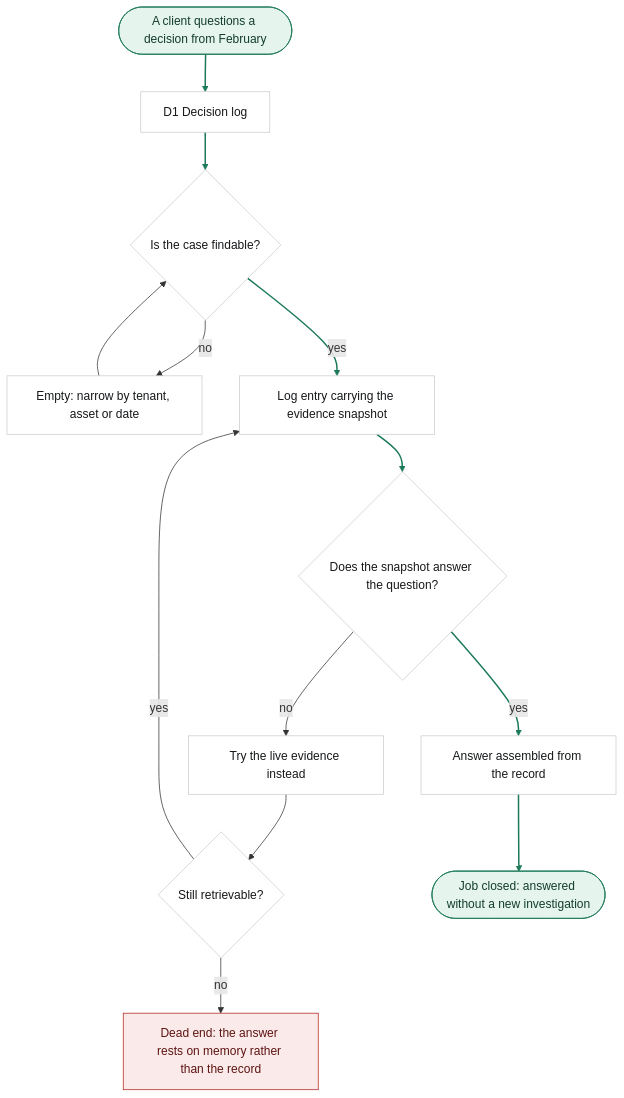
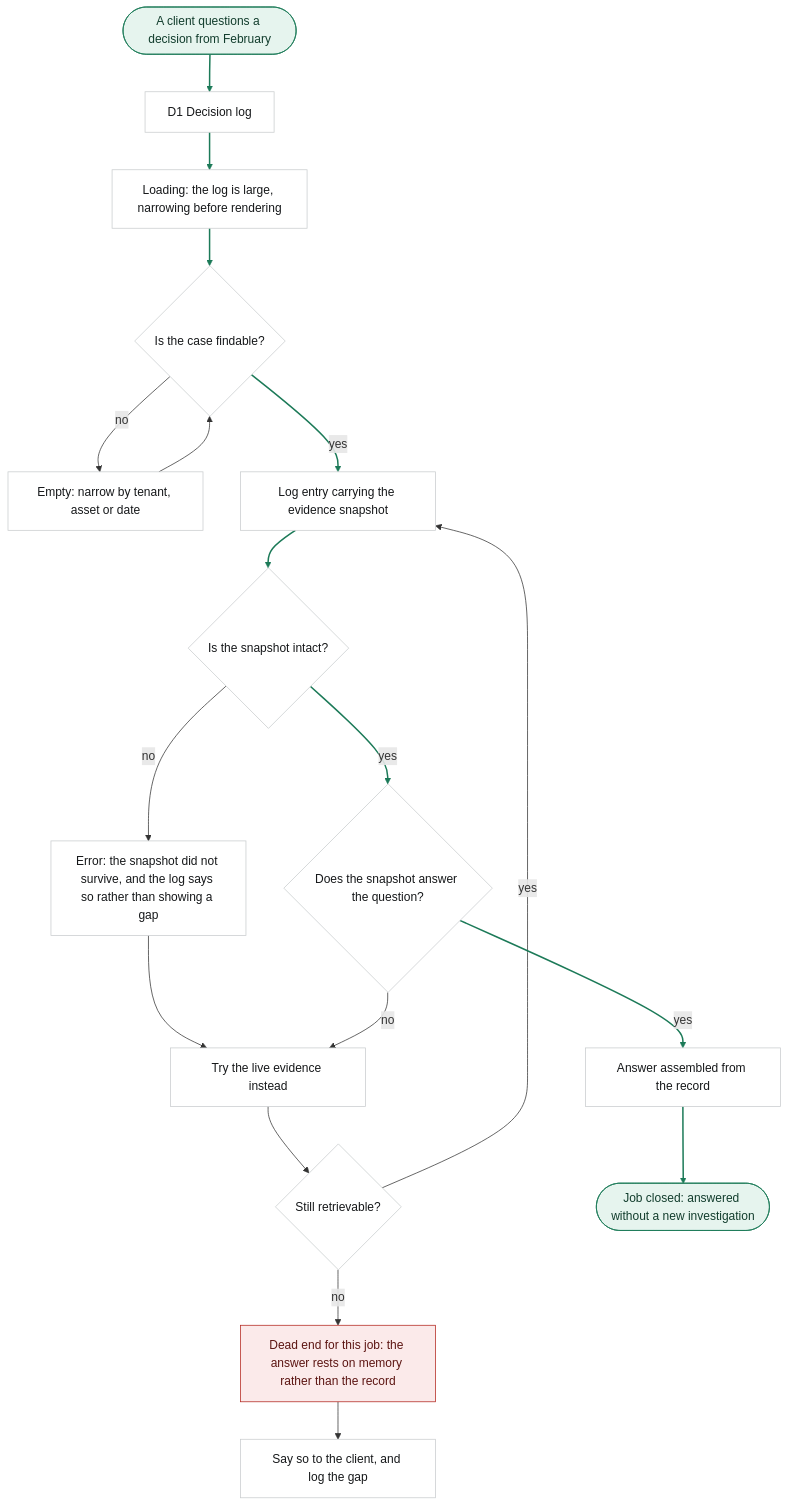
One commit to sergiodesign4u-dot/harrier changed the third of 3 diagrams in ia/docs/flows.md. Above: the diagram before and after it, drawn with Mermaid. The commit also changed other lines of this file and 3 other files, not shown here.

````diff
--- a/ia/docs/flows.md
+++ b/ia/docs/flows.md
@@ -119,23 +137,28 @@
 ```mermaid
 flowchart TD
     S2([A client questions a decision from February]) --> Log[D1 Decision log]
-    Log --> Find{Is the case findable?}
+    Log --> Load2["Loading: the log is large, narrowing before rendering"]
+    Load2 --> Find{Is the case findable?}
     Find -->|no| Search["Empty: narrow by tenant, asset or date"]
     Search --> Find
     Find -->|yes| Entry2[Log entry carrying the evidence snapshot]
-    Entry2 --> Snap{Does the snapshot answer the question?}
+    Entry2 --> Intact{Is the snapshot intact?}
+    Intact -->|no| Corrupt["Error: the snapshot did not survive, and the log says so rather than showing a gap"]
+    Corrupt --> Live
+    Intact -->|yes| Snap{Does the snapshot answer the question?}
     Snap -->|no| Live[Try the live evidence instead]
     Live --> Ret{Still retrievable?}
-    Ret -->|no| Dead2["Dead end: the answer rests on memory rather than the record"]
+    Ret -->|no| Dead2["Dead end for this job: the answer rests on memory rather than the record"]
+    Dead2 --> Own[Say so to the client, and log the gap]
     Ret -->|yes| Entry2
     Snap -->|yes| Answer[Answer assembled from the record]
     Answer --> Won(["Job closed: answered without a new investigation"])
 
     classDef success fill:#e6f4ee,stroke:#1c7a58,color:#123d2d;
     classDef dead fill:#fbeaea,stroke:#b3261e,color:#5c1512;
     classDef neutral fill:#ffffff,stroke:#c9ccce,color:#16181a;
     class S2,Won success;
     class Dead2 dead;
-    class Log,Find,Search,Entry2,Snap,Live,Ret,Answer neutral;
-    linkStyle 0,1,4,5,10,11 stroke:#1c7a58,stroke-width:2px;
+    class Log,Load2,Find,Search,Entry2,Intact,Corrupt,Snap,Live,Ret,Own,Answer neutral;
+    linkStyle 0,1,2,5,6,9,15,16 stroke:#1c7a58,stroke-width:2px;
 ```
````
